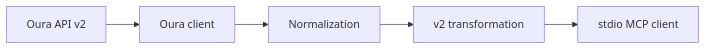
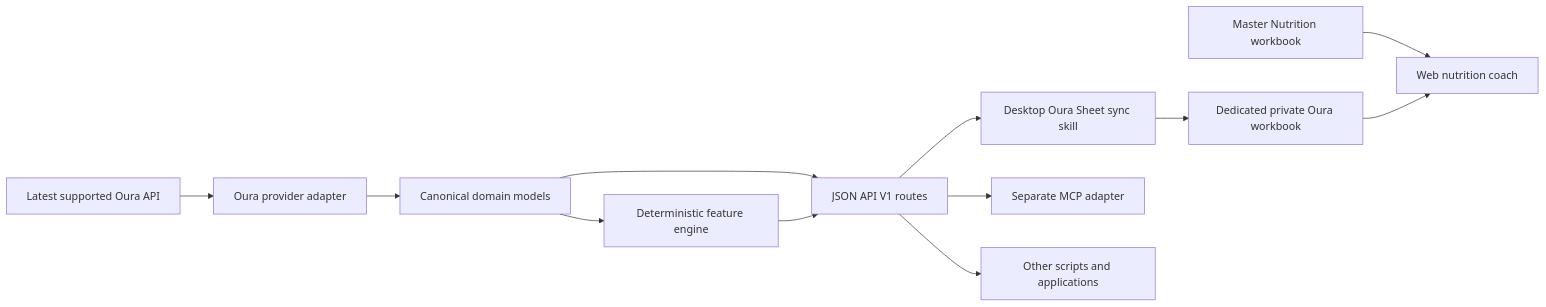
The diagram in docs/architecture.md (whuang214/oura-mcp-gateway), drawn with Mermaid before and after one commit. The commit also changed other lines of this file and 8 other files, not shown here.

Commit message:
Define Oura Data API V1 contracts

````diff
--- a/docs/architecture.md
+++ b/docs/architecture.md
@@ -15,7 +16,14 @@
 ```mermaid
 flowchart LR
-    A[Oura API v2] --> B[Oura client]
-    B --> C[Normalization]
-    C --> D[v2 transformation]
-    D --> E[stdio MCP client]
+    A[Latest supported Oura API] --> B[Oura provider adapter]
+    B --> C[Canonical domain models]
+    C --> D[Deterministic feature engine]
+    C --> E[JSON API V1 routes]
+    D --> E
+    E --> F[Desktop Oura Sheet sync skill]
+    F --> G[Dedicated private Oura workbook]
+    E --> H[Separate MCP adapter]
+    E --> I[Other scripts and applications]
+    J[Master Nutrition workbook] --> K[Web nutrition coach]
+    G --> K
 ```
````
